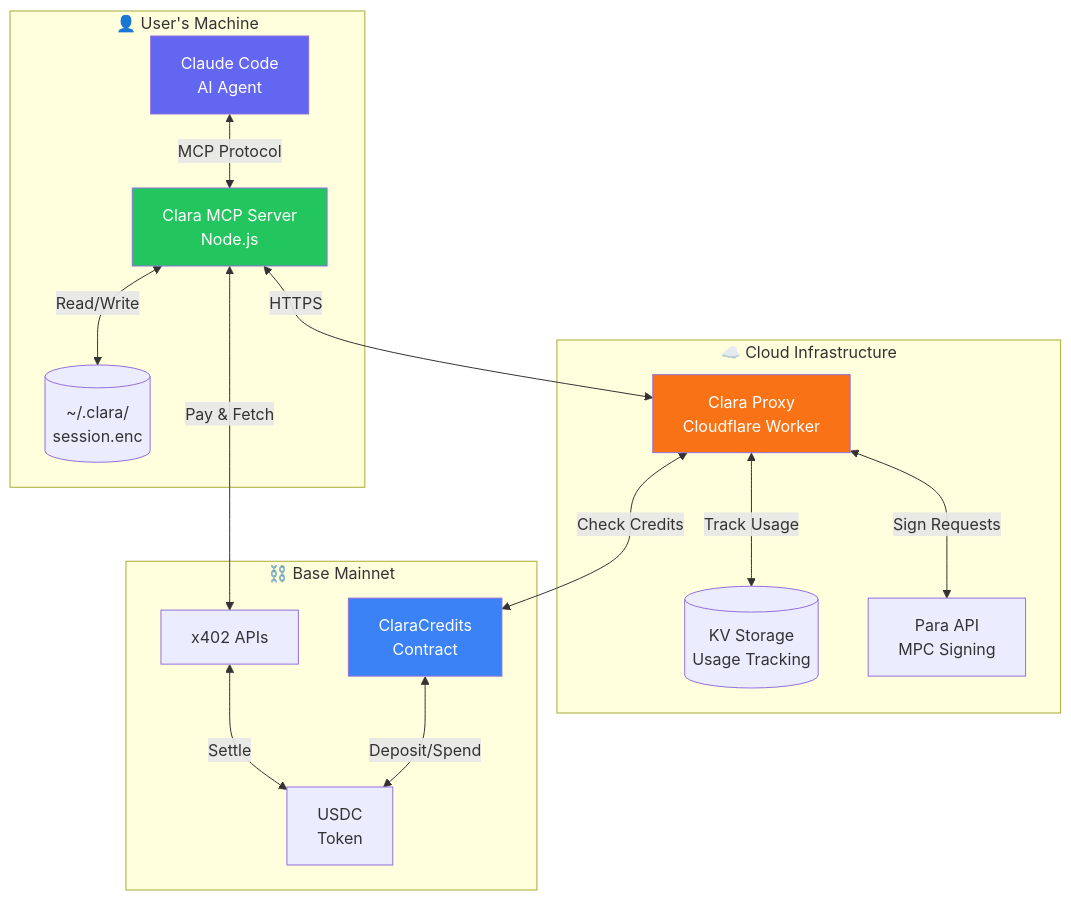
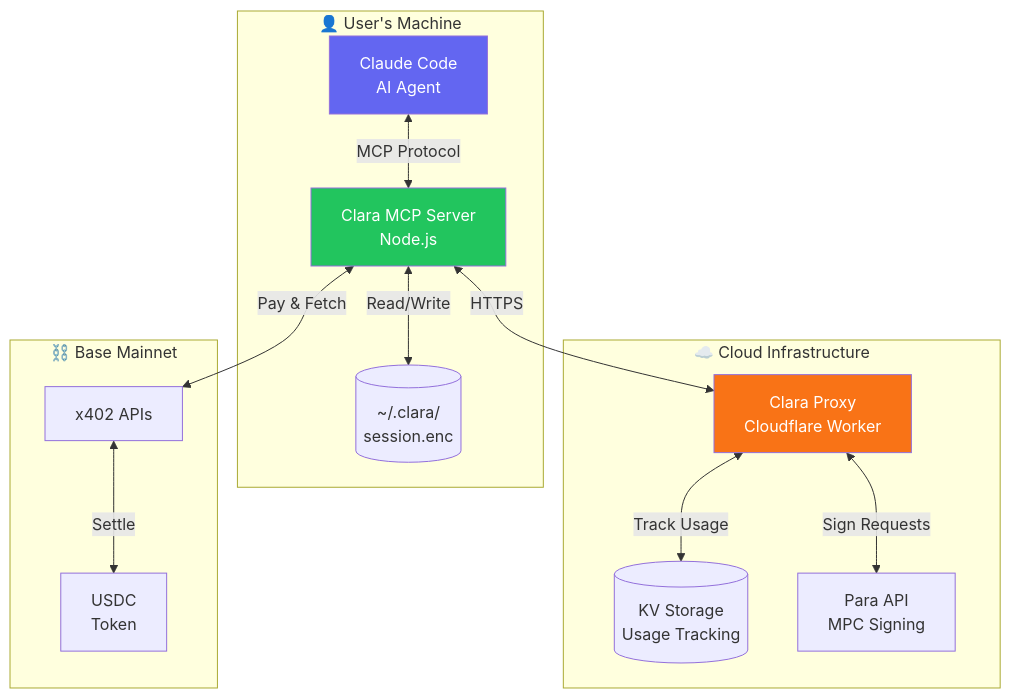
Before and after one commit to bflynn4141/clara-mcp: the first of 5 diagrams in docs/diagrams/CLARA_SYSTEM.md, drawn with Mermaid. The commit also changed other lines of this file and 135 other files, not shown here.

````diff
--- a/docs/diagrams/CLARA_SYSTEM.md
+++ b/docs/diagrams/CLARA_SYSTEM.md
@@ -5,35 +5,31 @@
 ```mermaid
 flowchart TB
     subgraph User["👤 User's Machine"]
         CC[Claude Code<br/>AI Agent]
         MCP[Clara MCP Server<br/>Node.js]
         Session[(~/.clara/<br/>session.enc)]
     end
 
     subgraph Cloud["☁️ Cloud Infrastructure"]
         Proxy[Clara Proxy<br/>Cloudflare Worker]
         KV[(KV Storage<br/>Usage Tracking)]
         Para[Para API<br/>MPC Signing]
     end
 
     subgraph Chain["⛓️ Base Mainnet"]
-        Credits[ClaraCredits<br/>Contract]
         USDC[USDC<br/>Token]
         APIs[x402 APIs]
     end
 
     CC <-->|MCP Protocol| MCP
     MCP <-->|Read/Write| Session
     MCP <-->|HTTPS| Proxy
     Proxy <-->|Track Usage| KV
     Proxy <-->|Sign Requests| Para
-    Proxy <-->|Check Credits| Credits
     MCP <-->|Pay & Fetch| APIs
     APIs <-->|Settle| USDC
-    Credits <-->|Deposit/Spend| USDC
 
     style CC fill:#6366f1,color:#fff
     style MCP fill:#22c55e,color:#fff
     style Proxy fill:#f97316,color:#fff
-    style Credits fill:#3b82f6,color:#fff
 ```
````
